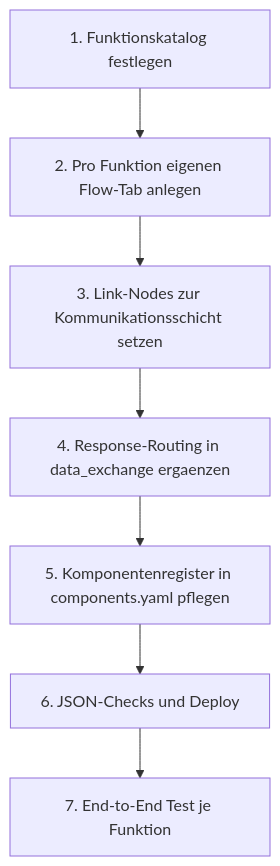
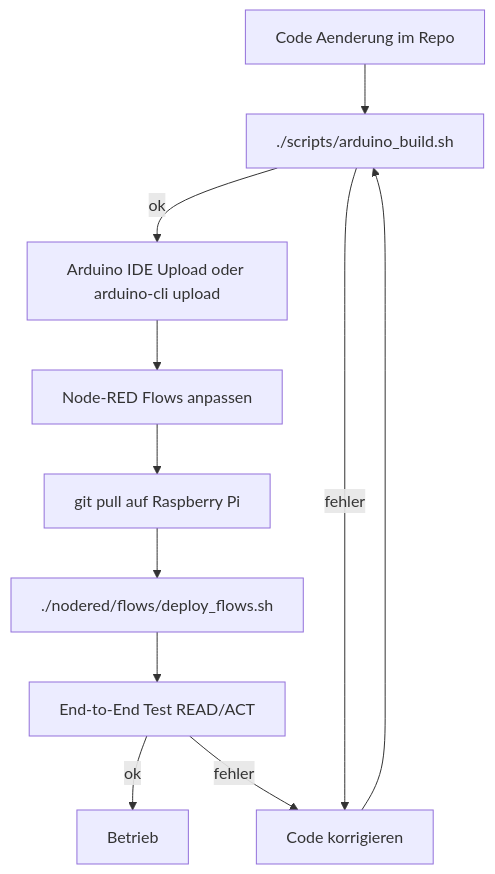
The fourth of 4 diagrams in nodered/flows/FLOW_ARCHITEKTUR_PLAN.md (HerrnDK/Projekt), drawn with Mermaid before and after one commit. The commit also changed other lines of this file, not shown here.

````diff
--- a/nodered/flows/FLOW_ARCHITEKTUR_PLAN.md
+++ b/nodered/flows/FLOW_ARCHITEKTUR_PLAN.md
@@ -36,9 +117,14 @@
 ```mermaid
-graph TD
-  S1[1. Funktionskatalog festlegen] --> S2[2. Pro Funktion eigenen Flow-Tab anlegen]
-  S2 --> S3[3. Link-Nodes zur Kommunikationsschicht setzen]
-  S3 --> S4[4. Response-Routing in data_exchange ergaenzen]
-  S4 --> S5[5. Komponentenregister in components.yaml pflegen]
-  S5 --> S6[6. JSON-Checks und Deploy]
-  S6 --> S7[7. End-to-End Test je Funktion]
+flowchart TD
+  Start[Code Aenderung im Repo] --> Build[./scripts/arduino_build.sh]
+  Build -->|ok| Upload[Arduino IDE Upload oder arduino-cli upload]
+  Build -->|fehler| Fix[Code korrigieren]
+  Fix --> Build
+
+  Upload --> FlowEdit[Node-RED Flows anpassen]
+  FlowEdit --> Pull[git pull auf Raspberry Pi]
+  Pull --> Deploy[./nodered/flows/deploy_flows.sh]
+  Deploy --> E2E[End-to-End Test READ/ACT]
+  E2E -->|ok| Run[Betrieb]
+  E2E -->|fehler| Fix
 ```
````
